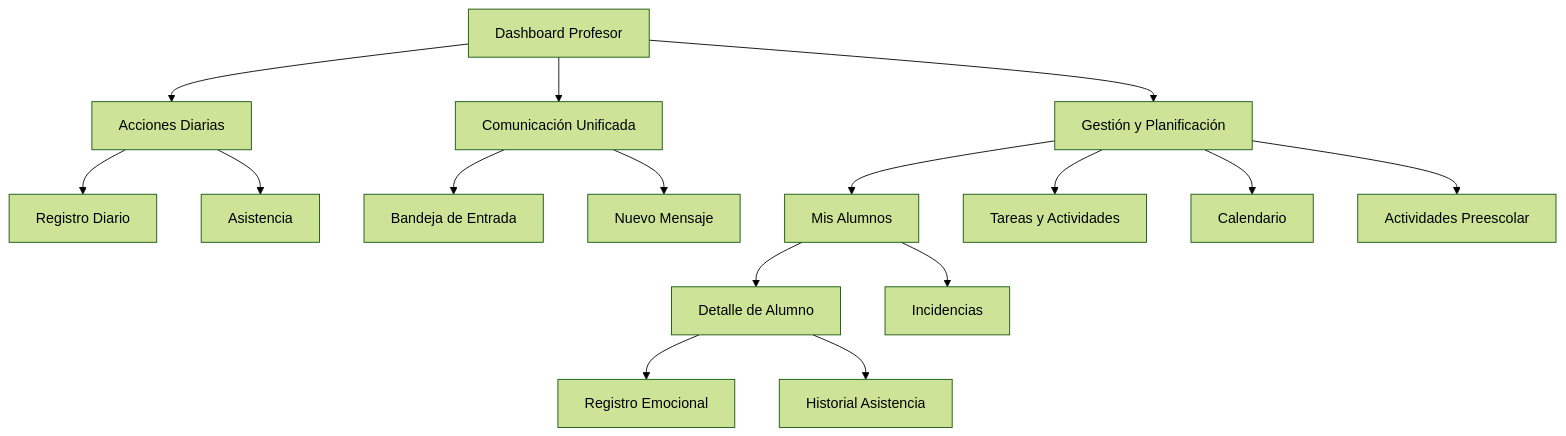
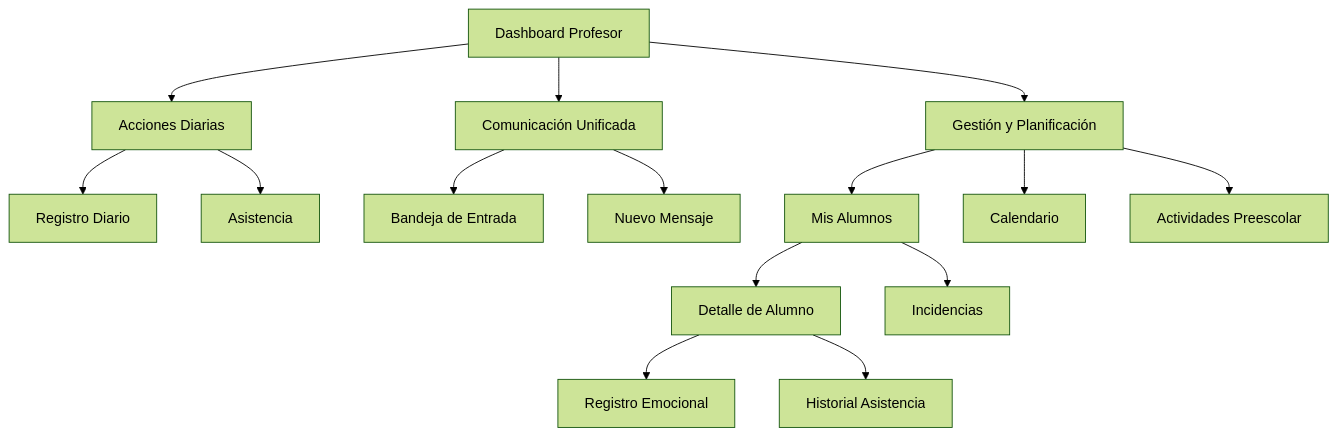
One commit to Nojabeach/UmeEgunero changed the fourth of 6 diagrams in docs/Manual_Usuario.md. Above: the diagram before and after it, drawn with Mermaid (forest theme). The commit also changed other lines of this file and 71 other files, not shown here.

````diff
--- a/docs/Manual_Usuario.md
+++ b/docs/Manual_Usuario.md
@@ -181,23 +181,22 @@
 ```mermaid
 flowchart TD
     Profesor[Dashboard Profesor] --> AccionesDiarias[Acciones Diarias]
     Profesor --> ComUnificada[Comunicación Unificada]
     Profesor --> GestionPlanif[Gestión y Planificación]
     
     AccionesDiarias --> RegistroDiario[Registro Diario]
     AccionesDiarias --> Asistencia[Asistencia]
     
     ComUnificada --> Bandeja[Bandeja de Entrada]
     ComUnificada --> Nuevo[Nuevo Mensaje]
     
     GestionPlanif --> MisAlumnos[Mis Alumnos]
-    GestionPlanif --> Tareas[Tareas y Actividades]
     GestionPlanif --> Calendario[Calendario]
     GestionPlanif --> ActividadesPreescolar[Actividades Preescolar]
     
     MisAlumnos --> DetalleAlumno[Detalle de Alumno]
     MisAlumnos --> Incidencias[Incidencias]
     
     DetalleAlumno --> RegistroEmoc[Registro Emocional]
     DetalleAlumno --> HistorialAsist[Historial Asistencia]
 ```
````
